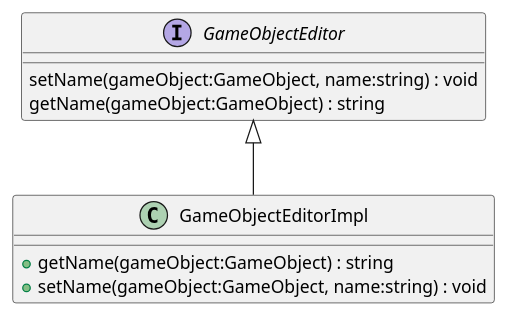
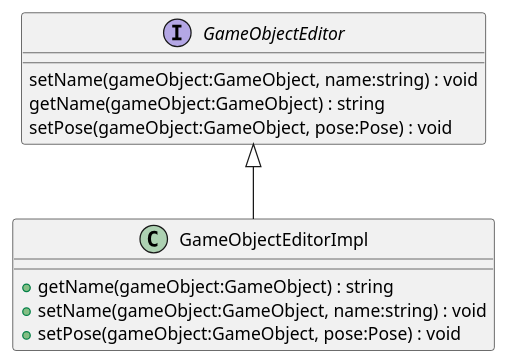
Before and after one commit to DeNatur/ProductionFloorVisualization: the diagram in UML/Assets/Scripts/GameObjectEditor.puml, drawn with PlantUML. The commit also changed 14 other files, not shown here.

Commit message:
Generate UML (Generate UML)

```diff
--- a/UML/Assets/Scripts/GameObjectEditor.puml
+++ b/UML/Assets/Scripts/GameObjectEditor.puml
@@ -1,11 +1,13 @@
 @startuml
 interface GameObjectEditor {
     setName(gameObject:GameObject, name:string) : void
     getName(gameObject:GameObject) : string
+    setPose(gameObject:GameObject, pose:Pose) : void
 }
 class GameObjectEditorImpl {
     + getName(gameObject:GameObject) : string
     + setName(gameObject:GameObject, name:string) : void
+    + setPose(gameObject:GameObject, pose:Pose) : void
 }
 GameObjectEditor <|-- GameObjectEditorImpl
 @enduml
```
